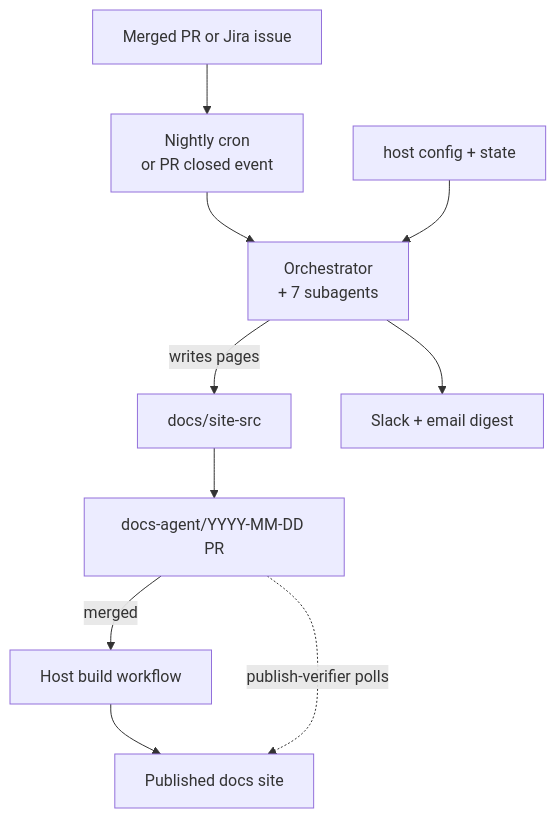
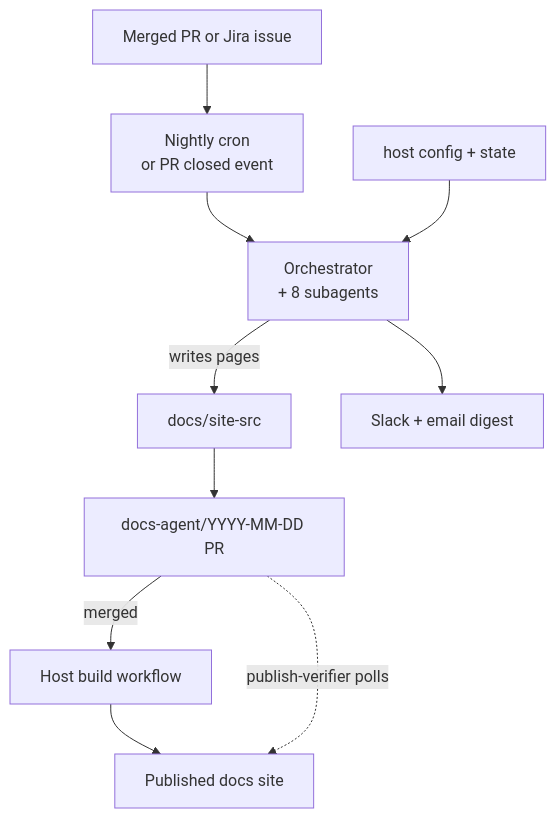
The first of 3 diagrams in docs/site-src/architecture/engineering-docs-agent.md (theoju/engineering-docs-agent), drawn with Mermaid before and after one commit. The commit also changed other lines of this file and 8 other files, not shown here.

````diff
--- a/docs/site-src/architecture/engineering-docs-agent.md
+++ b/docs/site-src/architecture/engineering-docs-agent.md
@@ -27,11 +28,11 @@
 ```mermaid
 flowchart TB
     PR[Merged PR or Jira issue] --> TRIG[Nightly cron<br/>or PR closed event]
-    TRIG --> ORCH[Orchestrator<br/>+ 7 subagents]
+    TRIG --> ORCH[Orchestrator<br/>+ 8 subagents]
     CFG[host config + state] --> ORCH
     ORCH -- writes pages --> DOCS[docs/site-src]
     DOCS --> DOCSPR[docs-agent/YYYY-MM-DD PR]
     DOCSPR -- merged --> BUILD[Host build workflow] --> SITE[Published docs site]
     DOCSPR -. publish-verifier polls .-> SITE
     ORCH --> NOTIF[Slack + email digest]
 ```
````
